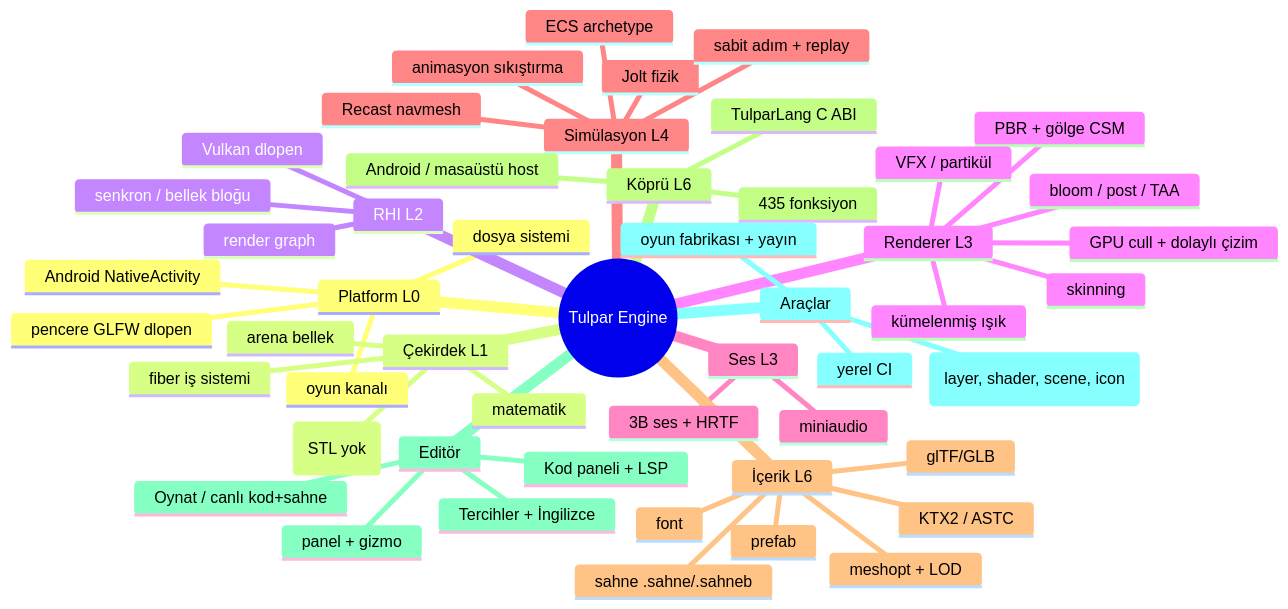
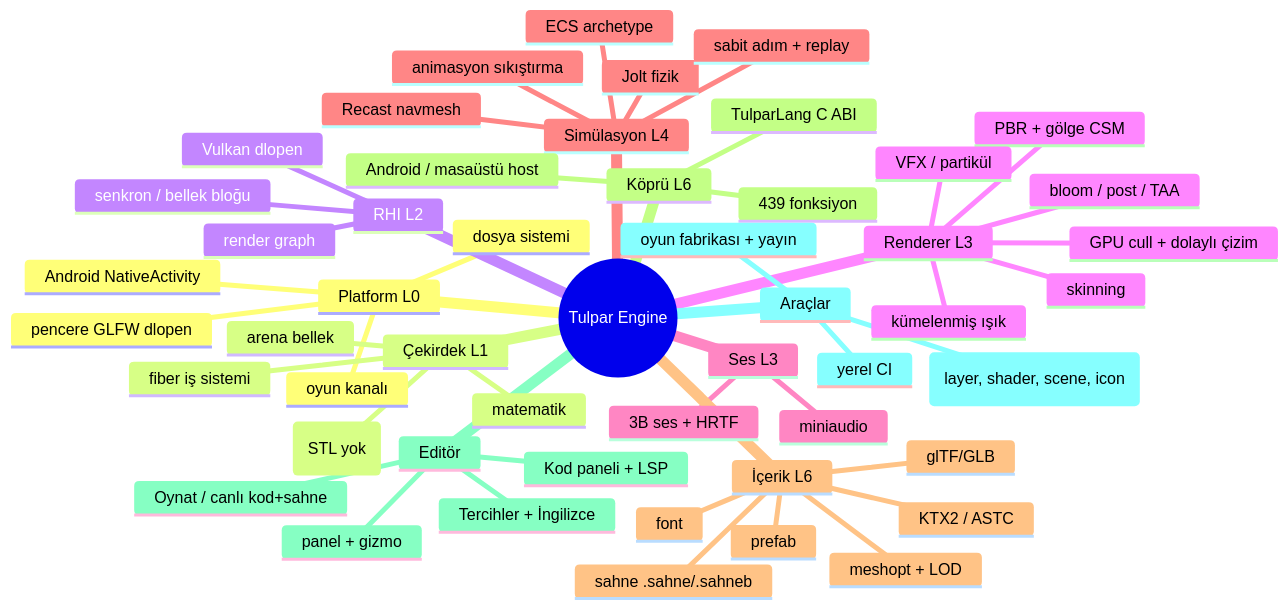
The diagram in docs/OZELLIK-HARITASI.md (hamer1818/tulpar-engine), drawn with Mermaid before and after one commit. The commit also changed other lines of this file and 17 other files, not shown here.

````diff
--- a/docs/OZELLIK-HARITASI.md
+++ b/docs/OZELLIK-HARITASI.md
@@ -10,54 +10,54 @@
 ```mermaid
 mindmap
   root((Tulpar Engine))
     Platform L0
       pencere GLFW dlopen
       dosya sistemi
       Android NativeActivity
       oyun kanalı
     Çekirdek L1
       fiber iş sistemi
       arena bellek
       matematik
       konteynerler (STL yok)
     RHI L2
       Vulkan dlopen
       render graph
       senkron / bellek bloğu
     Renderer L3
       PBR + gölge CSM
       bloom / post / TAA
       GPU cull + dolaylı çizim
       kümelenmiş ışık
       skinning
       VFX / partikül
     Ses L3
       miniaudio
       3B ses + HRTF
     Simülasyon L4
       ECS archetype
       Jolt fizik
       Recast navmesh
       animasyon sıkıştırma
       sabit adım + replay
     İçerik L6
       glTF/GLB
       sahne .sahne/.sahneb
       KTX2 / ASTC
       meshopt + LOD
       font
       prefab
     Köprü L6
       TulparLang C ABI
-      435 fonksiyon
+      439 fonksiyon
       Android / masaüstü host
     Editör
       panel + gizmo
       Kod paneli + LSP
       Oynat / canlı kod+sahne
       Tercihler + İngilizce
     Araçlar
       kapılar (layer, shader, scene, icon)
       yerel CI
       oyun fabrikası + yayın
 ```
````
